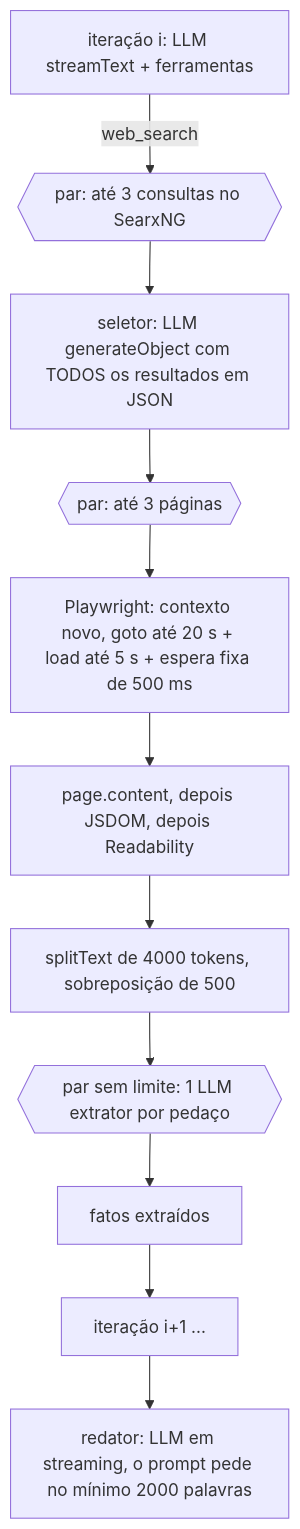
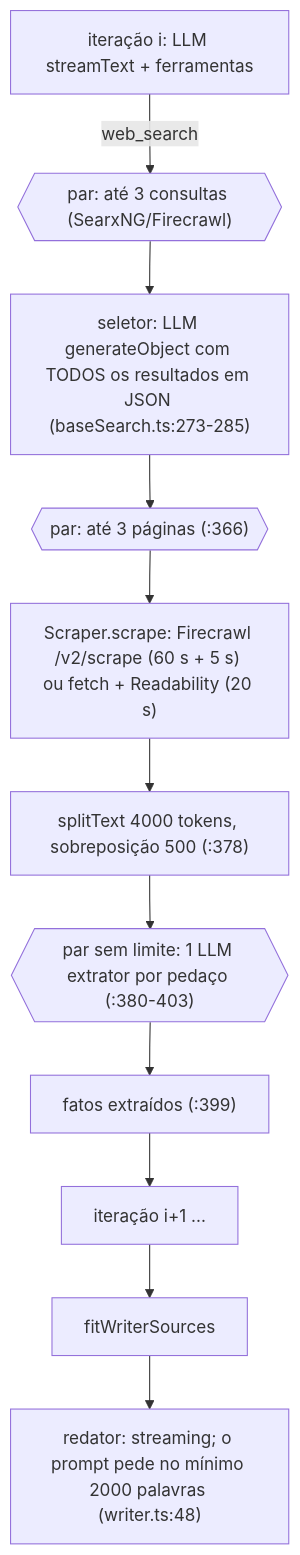
One commit to ItzCrazyKns/Vane changed the third of 8 diagrams in perf-audit/architecture.md. Above: the diagram before and after it, drawn with Mermaid. The commit also changed other lines of this file and 4 other files, not shown here.

````diff
--- a/perf-audit/architecture.md
+++ b/perf-audit/architecture.md
@@ -102,13 +146,12 @@
 ```mermaid
 flowchart TD
-  RI[iteração i: LLM streamText + ferramentas] -->|web_search| P{{par: até 3 consultas no SearxNG}}
-  P --> PK[seletor: LLM generateObject com TODOS os resultados em JSON]
-  PK --> SC{{par: até 3 páginas}}
-  SC --> PW1[Playwright: contexto novo, goto até 20 s + load até 5 s + espera fixa de 500 ms]
-  PW1 --> RD1[page.content, depois JSDOM, depois Readability]
-  RD1 --> SP1[splitText de 4000 tokens, sobreposição de 500]
-  SP1 --> EX1{{par sem limite: 1 LLM extrator por pedaço}}
-  EX1 --> ACC[fatos extraídos]
-  ACC --> RI2[iteração i+1 ...]
-  RI2 --> W[redator: LLM em streaming, o prompt pede no mínimo 2000 palavras]
+  RI["iteração i: LLM streamText + ferramentas"] -->|web_search| P{{"par: até 3 consultas (SearxNG/Firecrawl)"}}
+  P --> PK["seletor: LLM generateObject com TODOS os resultados em JSON (baseSearch.ts:273-285)"]
+  PK --> SC{{"par: até 3 páginas (:366)"}}
+  SC --> PW1["Scraper.scrape: Firecrawl /v2/scrape (60 s + 5 s) ou fetch + Readability (20 s)"]
+  PW1 --> SP1["splitText 4000 tokens, sobreposição 500 (:378)"]
+  SP1 --> EX1{{"par sem limite: 1 LLM extrator por pedaço (:380-403)"}}
+  EX1 --> ACC["fatos extraídos (:399)"]
+  ACC --> RI2["iteração i+1 ..."]
+  RI2 --> CTX["fitWriterSources"] --> W["redator: streaming; o prompt pede no mínimo 2000 palavras (writer.ts:48)"]
 ```
````
